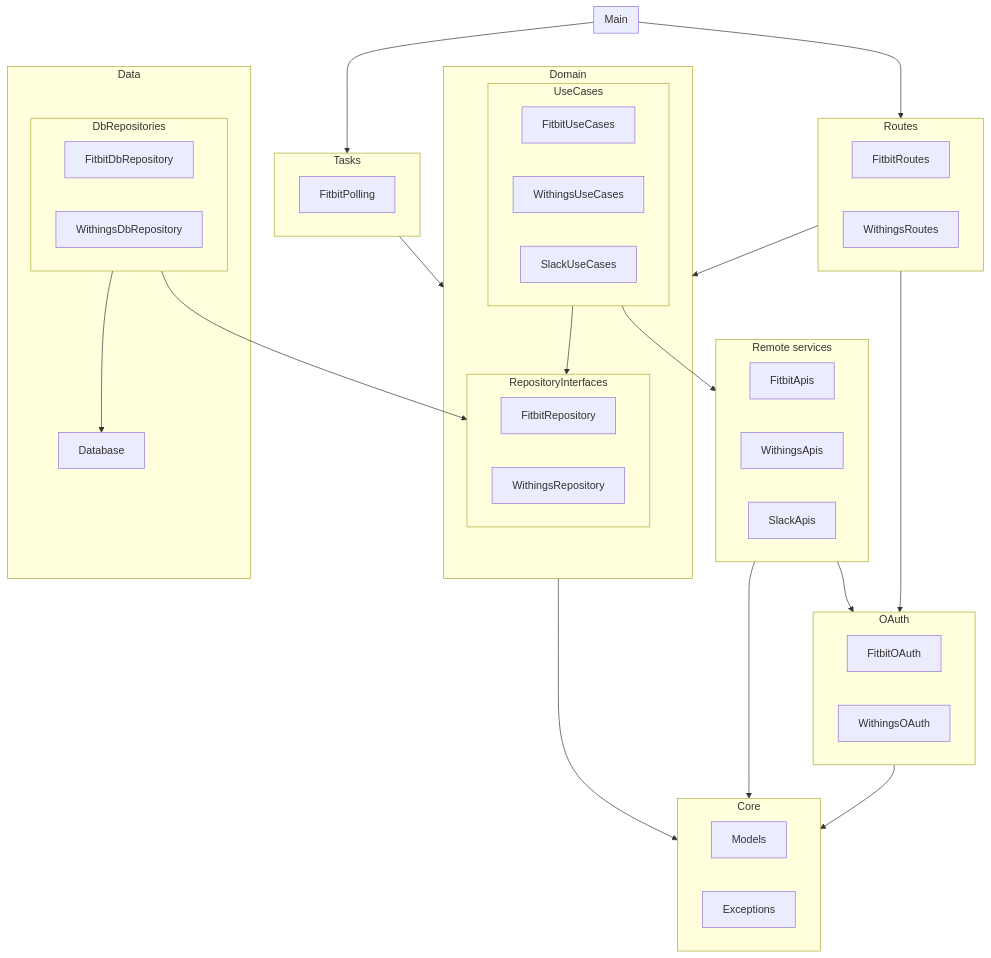
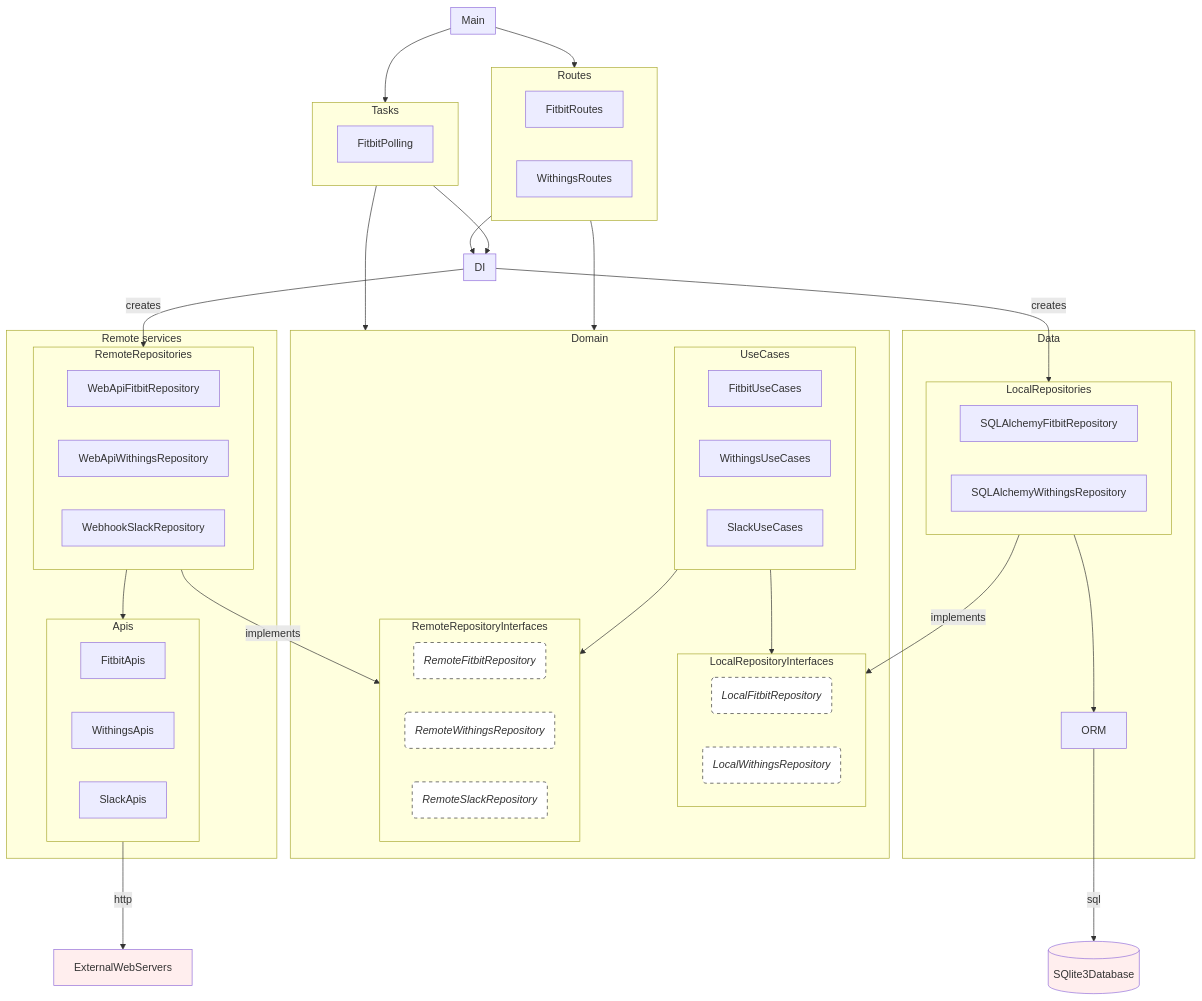
One commit to caarmen/withings-slack changed the third of 4 diagrams in docs/architecture.md. Above: the diagram before and after it, drawn with Mermaid. The commit also changed other lines of this file, not shown here.

First line of the commit message:
Update architecture schema with target architecture.

````diff
--- a/docs/architecture.md
+++ b/docs/architecture.md
@@ -32,58 +76,76 @@
 ```mermaid
-graph TD
+graph
     subgraph Main
+    end
+
+    subgraph Tasks
+        FitbitPolling
     end
     subgraph Routes
         FitbitRoutes
         WithingsRoutes
     end
-    subgraph Tasks
-        FitbitPolling
+    subgraph Data
+        subgraph LocalRepositories
+            SQLAlchemyFitbitRepository
+            SQLAlchemyWithingsRepository
+        end
+        ORM
     end
     subgraph Domain
         subgraph UseCases
             FitbitUseCases
             WithingsUseCases
             SlackUseCases
         end
-        subgraph RepositoryInterfaces
-            FitbitRepository
-            WithingsRepository
+        subgraph LocalRepositoryInterfaces
+            LocalFitbitRepository("`*LocalFitbitRepository*`"):::interface
+            LocalWithingsRepository("`*LocalWithingsRepository*`"):::interface
         end
-    end
-    subgraph Data
-        Database
-        subgraph DbRepositories
-            FitbitDbRepository
-            WithingsDbRepository
+        subgraph RemoteRepositoryInterfaces
+            RemoteFitbitRepository("`*RemoteFitbitRepository*`"):::interface
+            RemoteWithingsRepository("`*RemoteWithingsRepository*`"):::interface
+            RemoteSlackRepository("`*RemoteSlackRepository*`"):::interface
         end
     end
     subgraph RemoteServices[Remote services]
-        FitbitApis
-        WithingsApis
-        SlackApis
+        subgraph RemoteRepositories
+            WebApiFitbitRepository
+            WebApiWithingsRepository
+            WebhookSlackRepository
+        end
+        subgraph Apis
+            FitbitApis
+            WithingsApis
+            SlackApis
+        end
     end
-    subgraph Core
-        CoreModels[Models]
-        Exceptions
+    subgraph DI
     end
-    subgraph OAuth
-        FitbitOAuth
-        WithingsOAuth
-    end
+    ExternalWebServers:::external
+    Sqlite3Database[(SQlite3Database)]:::external
 
 
     Main-->Routes
     Main-->Tasks
+    Routes-->DI
+    Tasks-->DI
+    DI--creates-->LocalRepositories
+    DI--creates-->RemoteRepositories
     Tasks-->Domain
     Routes-->Domain
-    DbRepositories-->Database
-    DbRepositories-->RepositoryInterfaces
-    UseCases-->RemoteServices
-    UseCases-->RepositoryInterfaces
-    Domain-->Core
-    RemoteServices-->Core
-    RemoteServices-->OAuth
-    Routes-->OAuth
-    OAuth-->Core
+    LocalRepositories-->ORM
+
+    UseCases-->LocalRepositoryInterfaces
+    UseCases-->RemoteRepositoryInterfaces
+
+    LocalRepositories--implements-->LocalRepositoryInterfaces
+    RemoteRepositories--implements-->RemoteRepositoryInterfaces
+    RemoteRepositories-->Apis
+    Apis--http--->ExternalWebServers
+
+
+    ORM--sql--->Sqlite3Database
+    classDef interface fill:#FFF, stroke:#333,stroke-dasharray: 5 5;
+    classDef external fill:#FEE
 ```
````
